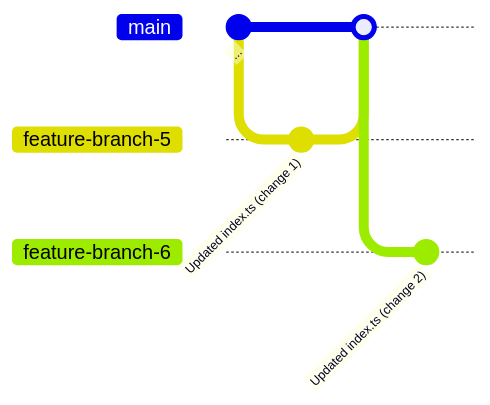
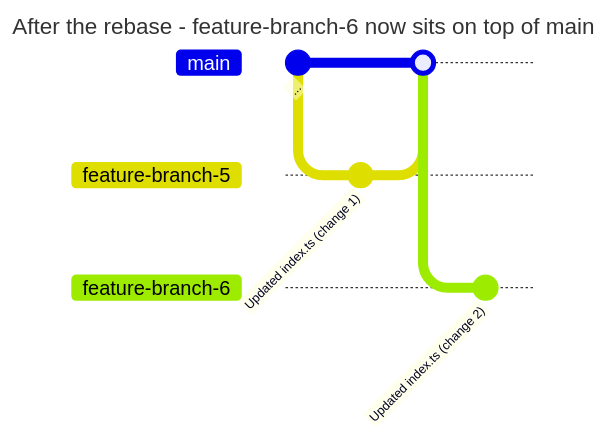
Before and after one commit to nerdschoolbergen/git: the fourth of 7 diagrams in exercise-4/README.md, drawn with Mermaid. The commit also changed other lines of this file and 17 other files, not shown here.

````diff
--- a/exercise-4/README.md
+++ b/exercise-4/README.md
@@ -58,12 +69,13 @@
 ```mermaid
+---
+title: After the rebase - feature-branch-6 now sits on top of main
+---
 gitGraph
    commit id: "..."
    branch feature-branch-5
    commit id: "Updated index.ts (change 1)"
    checkout main
    merge feature-branch-5
-   checkout feature-branch-5
-   checkout main
    branch feature-branch-6
    commit id: "Updated index.ts (change 2)"
 ```
````
